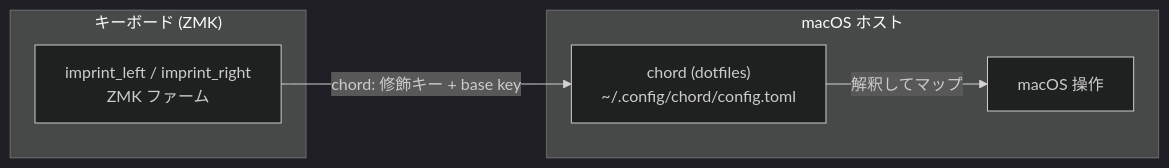
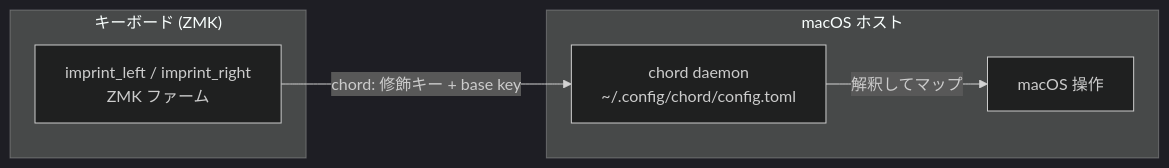
One commit to akira-toriyama/canon changed the diagram in README.md. Above: the diagram before and after it, drawn with Mermaid (dark theme). The commit also changed other lines of this file and 3 other files, not shown here.

````diff
--- a/README.md
+++ b/README.md
@@ -13,12 +13,12 @@
 ```mermaid
 flowchart LR
   subgraph KB["キーボード (ZMK)"]
     FW["imprint_left / imprint_right<br/>ZMK ファーム"]
   end
   subgraph MAC["macOS ホスト"]
-    CHORD["chord (dotfiles)<br/>~/.config/chord/config.toml"]
+    CHORD["chord daemon<br/>~/.config/chord/config.toml"]
     ACT["macOS 操作"]
   end
   FW -->|"chord: 修飾キー + base key"| CHORD
   CHORD -->|"解釈してマップ"| ACT
 ```
````
